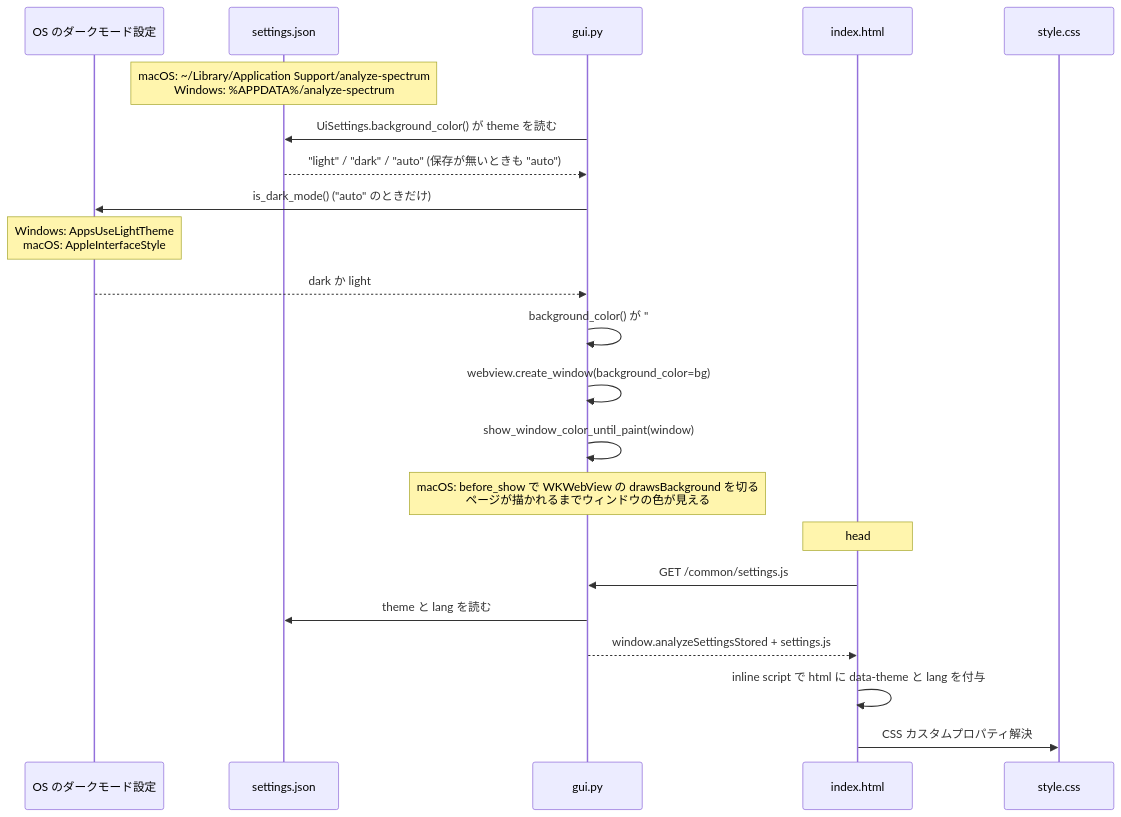
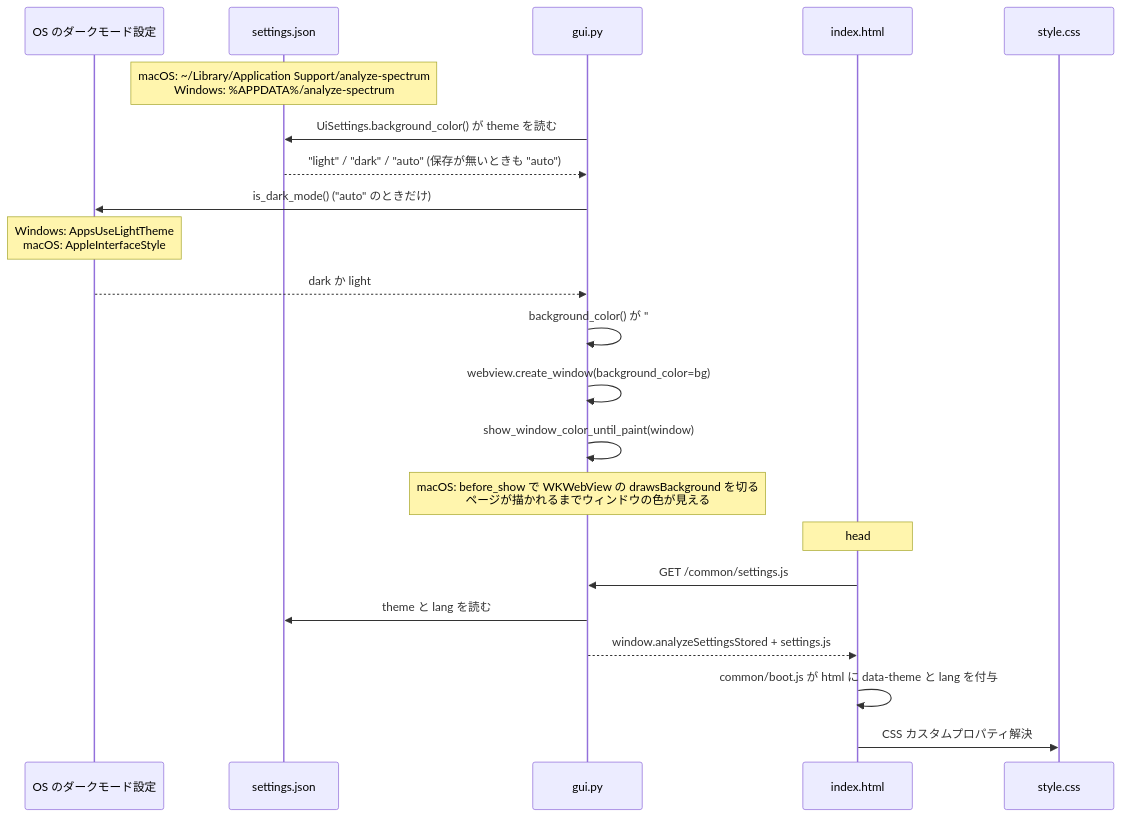
Before and after one commit to semnil/analyze-spectrum: diagram 17 of 17 in docs/architecture.ja.md, drawn with Mermaid. The commit also changed other lines of this file and 7 other files, not shown here.

First line of the commit message:
refactor: use py-analyze-common's i18n, boot and ui scripts in the frontend

````diff
--- a/docs/architecture.ja.md
+++ b/docs/architecture.ja.md
@@ -644,26 +644,26 @@
 ```mermaid
 sequenceDiagram
     participant OS as OS のダークモード設定
     participant SF as settings.json
     participant PY as gui.py
     participant HTML as index.html
     participant CSS as style.css
 
     Note over SF: macOS: ~/Library/Application Support/analyze-spectrum<br>Windows: %APPDATA%/analyze-spectrum
     PY->>SF: UiSettings.background_color() が theme を読む
     SF-->>PY: "light" / "dark" / "auto" (保存が無いときも "auto")
     PY->>OS: is_dark_mode() ("auto" のときだけ)
     Note over OS: Windows: AppsUseLightTheme<br>macOS: AppleInterfaceStyle
     OS-->>PY: dark か light
     PY->>PY: background_color() が "#1a1a2e" か "#fafafa" を返す
     PY->>PY: webview.create_window(background_color=bg)
     PY->>PY: show_window_color_until_paint(window)
     Note over PY: macOS: before_show で WKWebView の drawsBackground を切る<br>ページが描かれるまでウィンドウの色が見える
 
     Note over HTML: head
     HTML->>PY: GET /common/settings.js
     PY->>SF: theme と lang を読む
     PY-->>HTML: window.analyzeSettingsStored + settings.js
-    HTML->>HTML: inline script で html に data-theme と lang を付与
+    HTML->>HTML: common/boot.js が html に data-theme と lang を付与
     HTML->>CSS: CSS カスタムプロパティ解決
 ```
````
